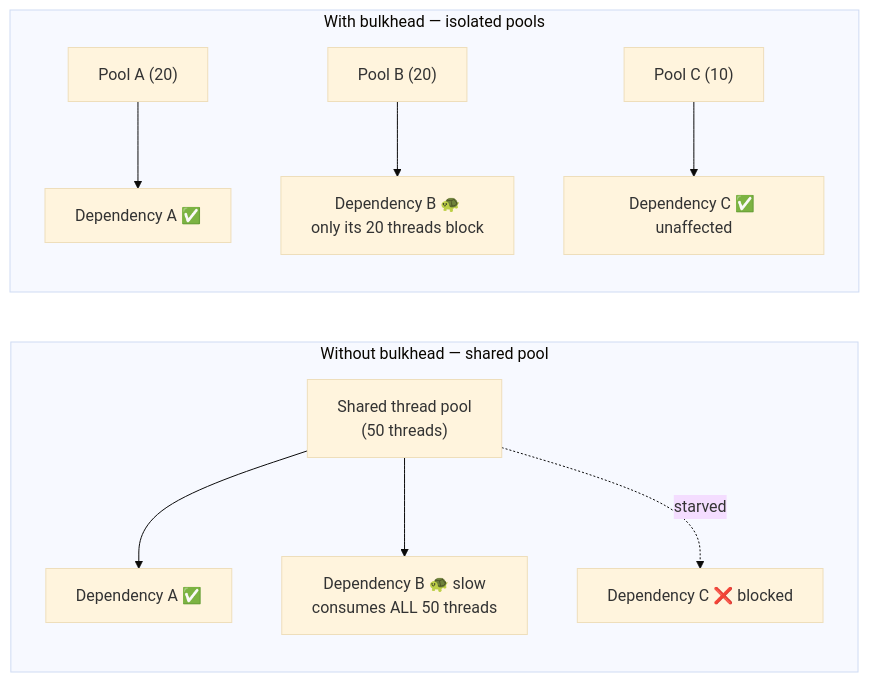
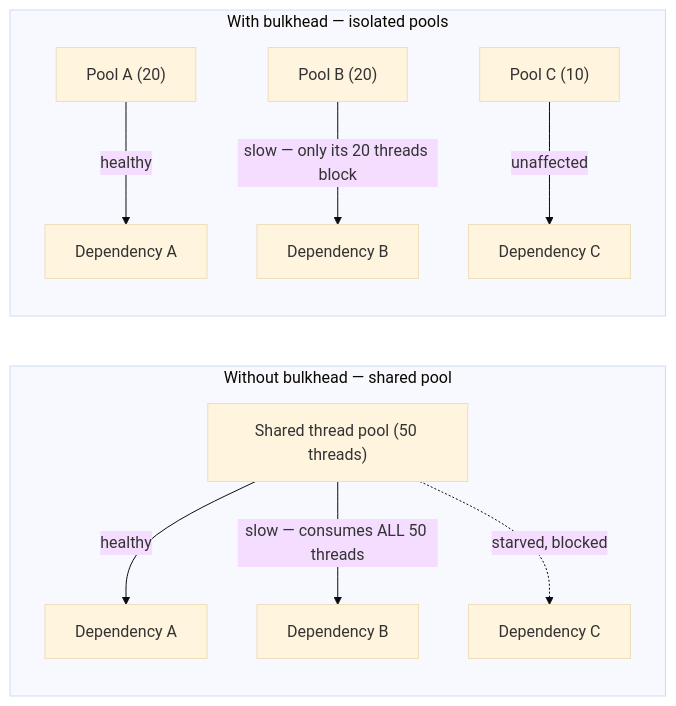
The third of 3 diagrams in src/modules/system-design/content/06-reliability/02-fault-tolerance.md (mohammad-mriesh-job/cortex), drawn with Mermaid (base theme) before and after one commit. The commit also changed 257 other files, not shown here.

````diff
--- a/src/modules/system-design/content/06-reliability/02-fault-tolerance.md
+++ b/src/modules/system-design/content/06-reliability/02-fault-tolerance.md
@@ -99,13 +99,13 @@
 ```mermaid
 flowchart LR
   subgraph NoBulkhead["Without bulkhead — shared pool"]
-    P1["Shared thread pool<br/>(50 threads)"] --> DA1[Dependency A ✅]
-    P1 --> DB1["Dependency B 🐢 slow<br/>consumes ALL 50 threads"]
-    P1 -.starved.-> DC1[Dependency C ❌ blocked]
+    P1["Shared thread pool (50 threads)"] -->|healthy| DA1[Dependency A]
+    P1 -->|"slow — consumes ALL 50 threads"| DB1[Dependency B]
+    P1 -.->|starved, blocked| DC1[Dependency C]
   end
   subgraph WithBulkhead["With bulkhead — isolated pools"]
-    PA["Pool A (20)"] --> DA2[Dependency A ✅]
-    PB["Pool B (20)"] --> DB2["Dependency B 🐢<br/>only its 20 threads block"]
-    PC["Pool C (10)"] --> DC2[Dependency C ✅ unaffected]
+    PA["Pool A (20)"] -->|healthy| DA2[Dependency A]
+    PB["Pool B (20)"] -->|"slow — only its 20 threads block"| DB2[Dependency B]
+    PC["Pool C (10)"] -->|unaffected| DC2[Dependency C]
   end
 ```
````
